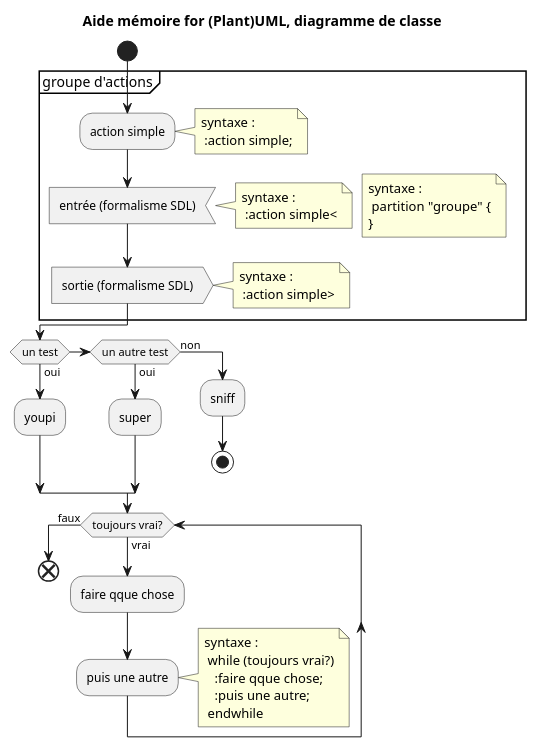
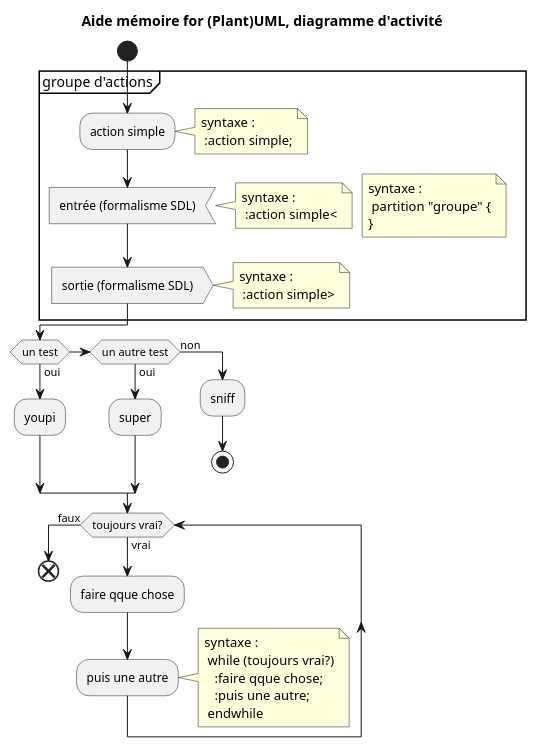
Before and after one commit to nbossard/plantuml_demo: the diagram in slides/memo_uml_act.pu, drawn with PlantUML. The commit also changed 2 other files, not shown here.

```diff
--- a/slides/memo_uml_act.pu
+++ b/slides/memo_uml_act.pu
@@ -1,49 +1,49 @@
 @startuml
 
-    title Aide mémoire for (Plant)UML, diagramme de classe
+    title Aide mémoire for (Plant)UML, diagramme d'activité
 
     start
 
     partition "groupe d'actions" {
         note right : syntaxe : \n partition "groupe" {\n}
         :action simple;
         note right : syntaxe : \n :action simple;
         :entrée (formalisme SDL)<
         note right : syntaxe : \n :action simple<
         :sortie (formalisme SDL)>
         note right : syntaxe : \n :action simple>
     }
 
     if (un test) then (oui)
       :youpi;
     elseif (un autre test) then (oui)
       :super;
     else (non)
       :sniff;
       stop
     endif
     note right
         syntaxe :
          if (un test) then (oui)
          else (non)
          endif
     end note
 
 
     while (toujours vrai?) is (vrai)
       :faire qque chose;
       :puis une autre;
     endwhile (faux)
 
     note right
         syntaxe :
          while (toujours vrai?)
            :faire qque chose;
            :puis une autre;
          endwhile
     end note
 
     end
 
 
 @enduml
```
